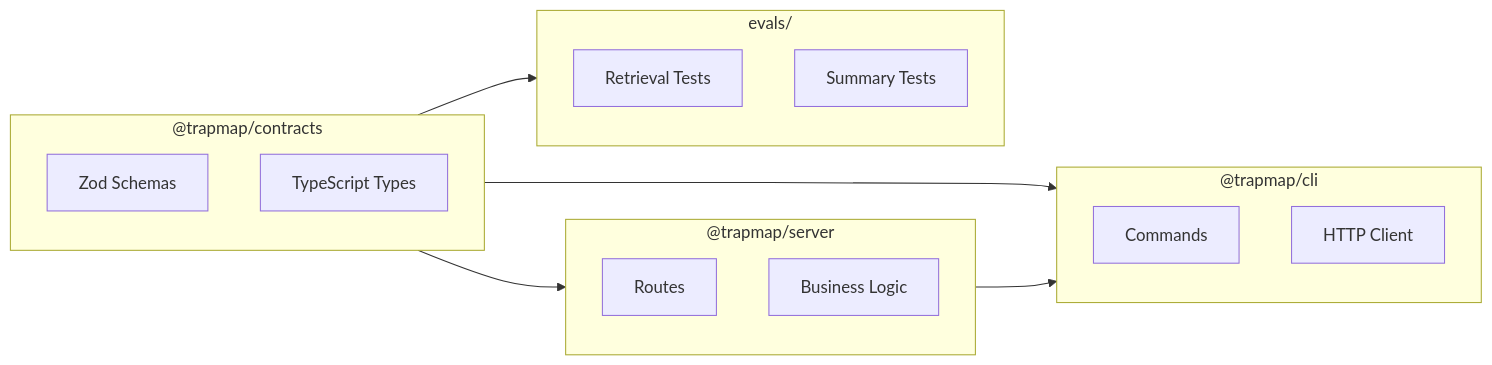
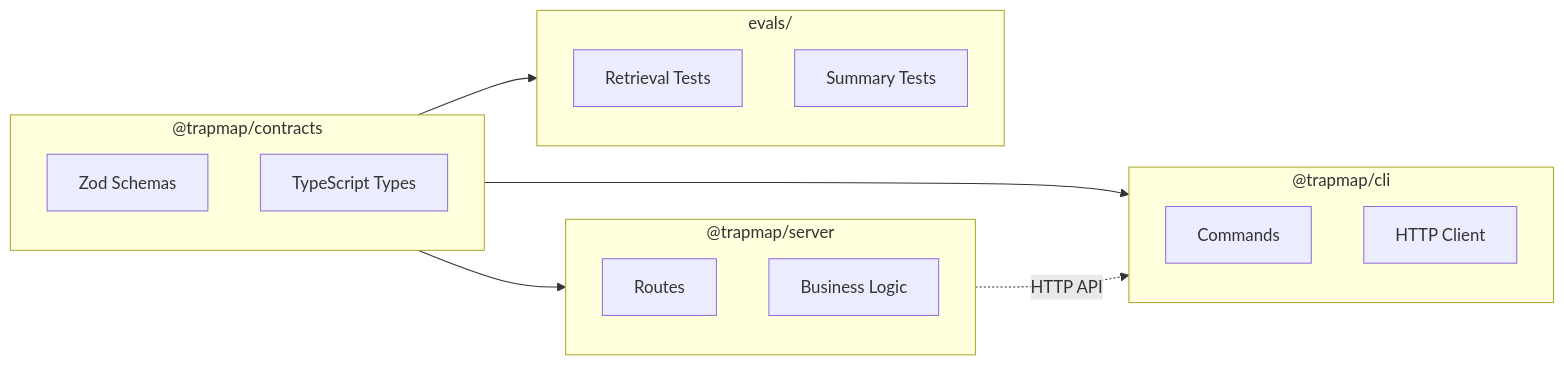
One commit to pofossette/TrapMap-for-vibing changed the diagram in docs/PACKAGES.md. Above: the diagram before and after it, drawn with Mermaid. The commit also changed other lines of this file and 39 other files, not shown here.

````diff
--- a/docs/PACKAGES.md
+++ b/docs/PACKAGES.md
@@ -129,28 +139,28 @@
 ```mermaid
 flowchart LR
     subgraph Contracts["@trapmap/contracts"]
         Zod["Zod Schemas"]
         Types["TypeScript Types"]
     end
 
     subgraph Server["@trapmap/server"]
         Routes["Routes"]
         Lib["Business Logic"]
     end
 
     subgraph CLI["@trapmap/cli"]
         Commands["Commands"]
         HTTP["HTTP Client"]
     end
 
     Contracts --> Server
     Contracts --> CLI
-    Server --> CLI
+    Server -. "HTTP API" .-> CLI
 
     subgraph Evals["evals/"]
         Retrieval["Retrieval Tests"]
         Summary["Summary Tests"]
     end
 
     Contracts --> Evals
 ```
````
